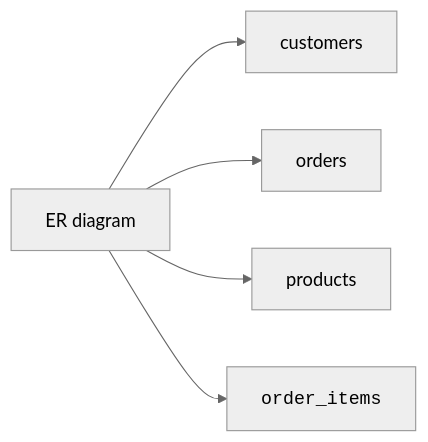
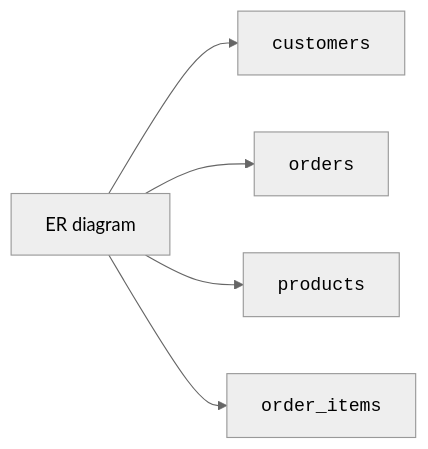
Before and after one commit to dataslope/dataslope: the second of 5 diagrams in content/learn/database-design-postgresql/reading-er-diagrams.mdx, drawn with Mermaid (neutral theme). The commit also changed other lines of this file and 46 other files, not shown here.

First line of the commit message:
Wrap code in mermaid edge labels + entity/table names in DB diagrams

````diff
--- a/content/learn/database-design-postgresql/reading-er-diagrams.mdx
+++ b/content/learn/database-design-postgresql/reading-er-diagrams.mdx
@@ -55,7 +55,7 @@
 ```mermaid
 flowchart LR
-    Diagram["ER diagram"] --> Customers["customers"]
-    Diagram --> Orders["orders"]
-    Diagram --> Products["products"]
+    Diagram["ER diagram"] --> Customers["<code>customers</code>"]
+    Diagram --> Orders["<code>orders</code>"]
+    Diagram --> Products["<code>products</code>"]
     Diagram --> Items["<code>order_items</code>"]
 ```
````
